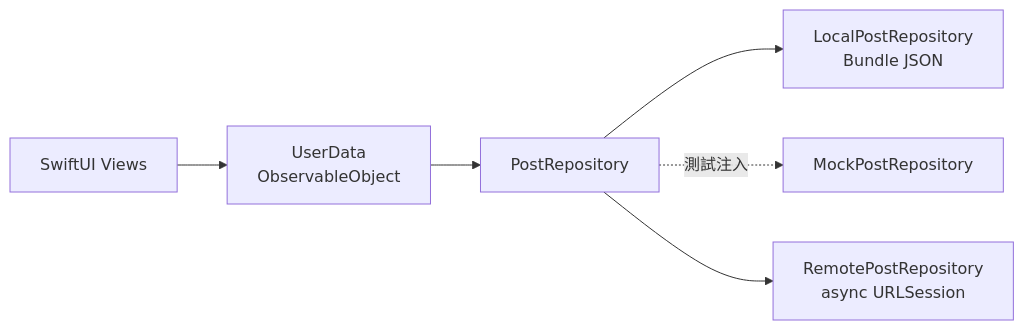
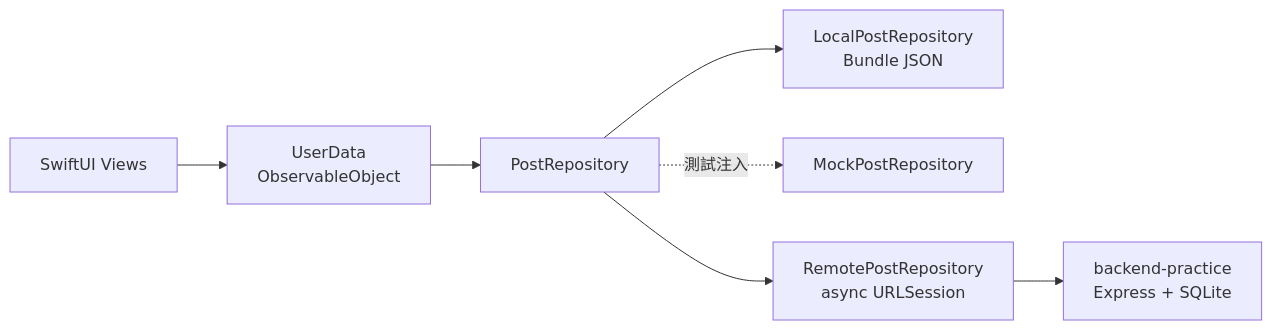
The diagram in README.md (cowton0627/tweetTweet), drawn with Mermaid before and after one commit. The commit also changed other lines of this file and 2 other files, not shown here.

First line of the commit message:
docs: record the backend integration and its decisions

````diff
--- a/README.md
+++ b/README.md
@@ -49,8 +51,9 @@
 ```mermaid
 flowchart LR
     View["SwiftUI Views"] --> State["UserData<br/>ObservableObject"]
     State --> Contract["PostRepository"]
     Contract --> Local["LocalPostRepository<br/>Bundle JSON"]
     Contract -. 測試注入 .-> Mock["MockPostRepository"]
     Contract --> Remote["RemotePostRepository<br/>async URLSession"]
+    Remote --> API["backend-practice<br/>Express + SQLite"]
 ```
````
